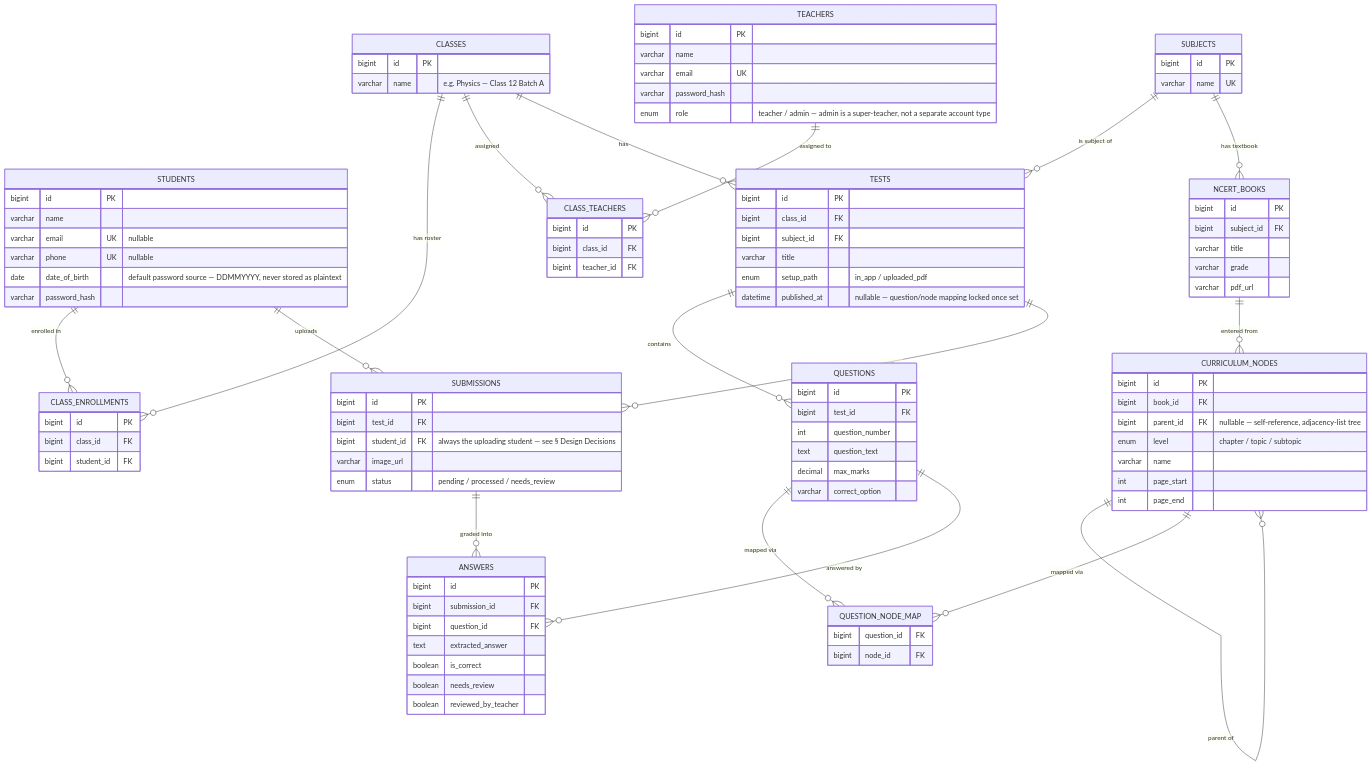
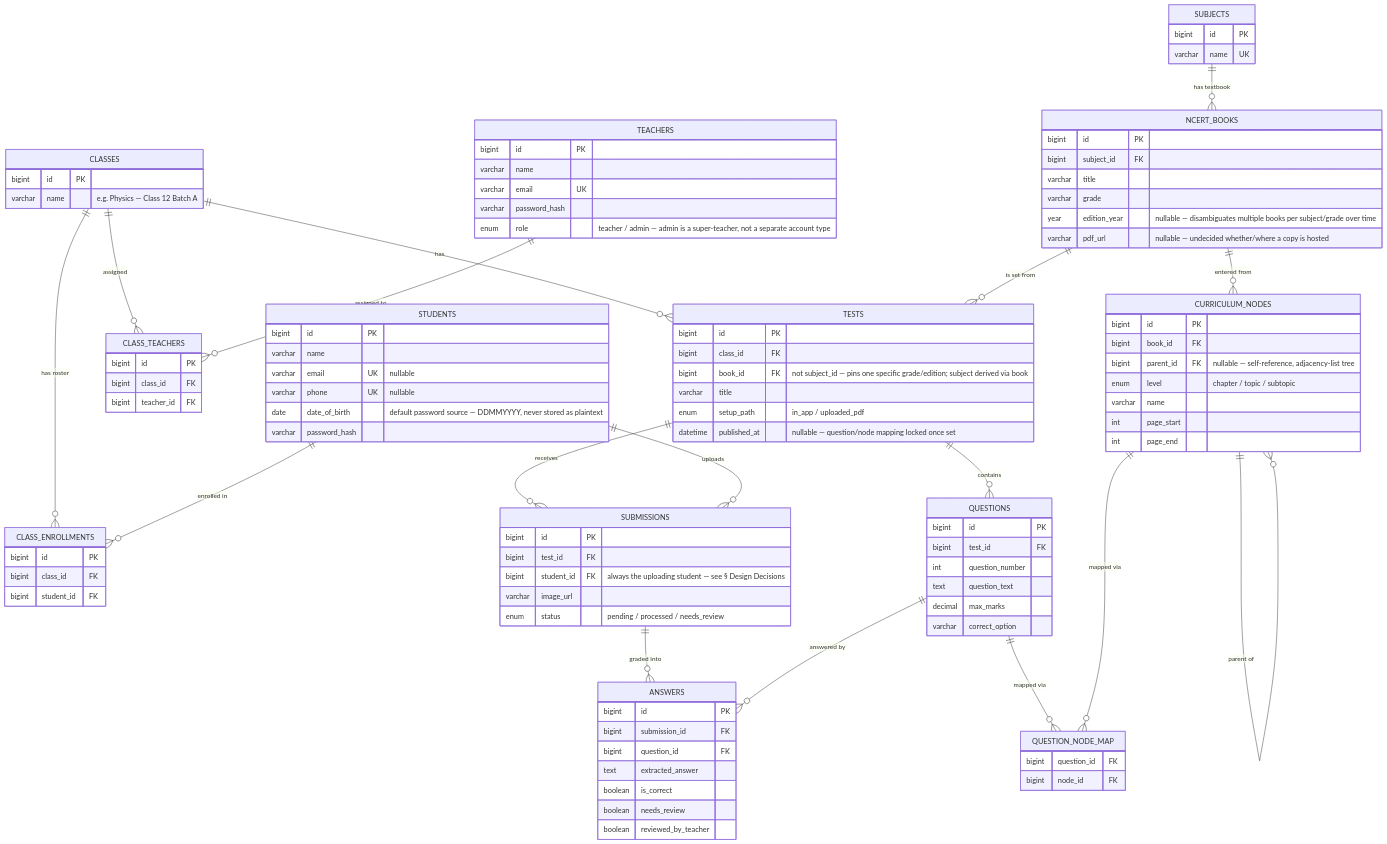
One commit to aaryashah1010/LearningManagement changed the diagram in docs/backend/database-design.md. Above: the diagram before and after it, drawn with Mermaid. The commit also changed other lines of this file and 13 other files, not shown here.

Commit message:
add: the read-only subjects/books/curriculum endpoints and maths-10 curriculum

```diff
--- a/docs/backend/database-design.md
+++ b/docs/backend/database-design.md
@@ -15,7 +15,7 @@
     CLASSES ||--o{ CLASS_TEACHERS : "assigned"
     TEACHERS ||--o{ CLASS_TEACHERS : "assigned to"
     CLASSES ||--o{ TESTS : "has"
-    SUBJECTS ||--o{ TESTS : "is subject of"
+    NCERT_BOOKS ||--o{ TESTS : "is set from"
     SUBJECTS ||--o{ NCERT_BOOKS : "has textbook"
     NCERT_BOOKS ||--o{ CURRICULUM_NODES : "entered from"
     CURRICULUM_NODES ||--o{ CURRICULUM_NODES : "parent of"
@@ -71,7 +71,8 @@
         bigint subject_id FK
         varchar title
         varchar grade
-        varchar pdf_url
+        year edition_year "nullable — disambiguates multiple books per subject/grade over time"
+        varchar pdf_url "nullable — undecided whether/where a copy is hosted"
     }
 
     CURRICULUM_NODES {
@@ -87,7 +88,7 @@
     TESTS {
         bigint id PK
         bigint class_id FK
-        bigint subject_id FK
+        bigint book_id FK "not subject_id — pins one specific grade/edition; subject derived via book"
         varchar title
         enum setup_path "in_app / uploaded_pdf"
         datetime published_at "nullable — question/node mapping locked once set"
```
